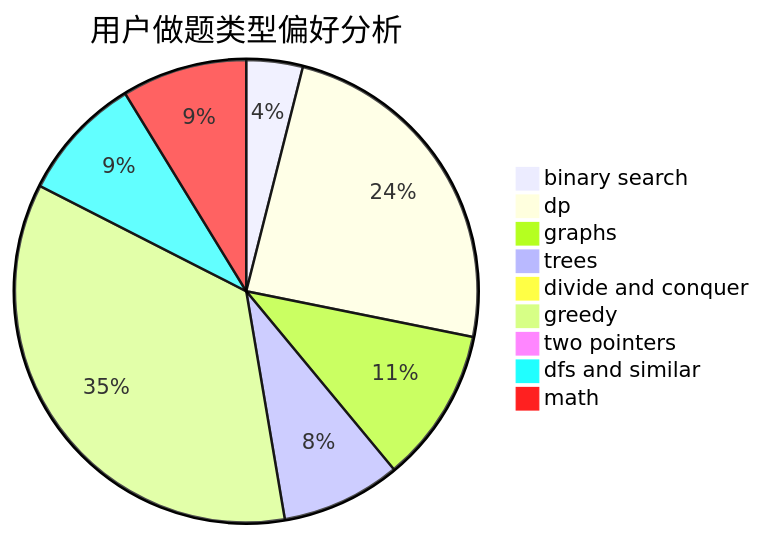
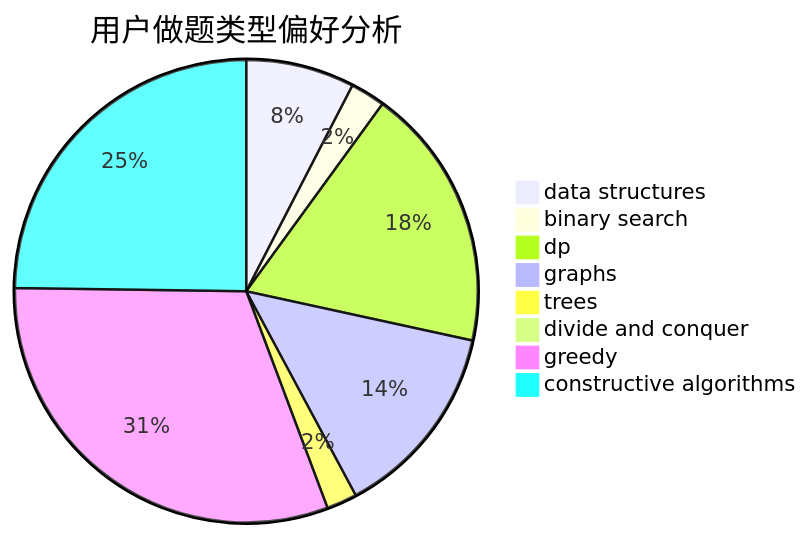
Before and after one commit to sherpahu/cfrs.github.io: the second of 3 diagrams in docs/user/u1869.md, drawn with Mermaid. The commit also changed other lines of this file and 2775 other files, not shown here.

````diff
--- a/docs/user/u1869.md
+++ b/docs/user/u1869.md
@@ -23,12 +23,11 @@
 ```mermaid
 pie title 用户做题类型偏好分析
-    "binary search" :  59
-    "dp" :  363
-    "graphs" :  162
-    "trees" :  125
+    "data structures" :  75
+    "binary search" :  24
+    "dp" :  182
+    "graphs" :  136
+    "trees" :  21
     "divide and conquer" :  1
-    "greedy" :  527
-    "two pointers" :  15
-    "dfs and similar" :  131
-    "math" :  131
+    "greedy" :  306
+    "constructive algorithms" :  245
 ```
````
